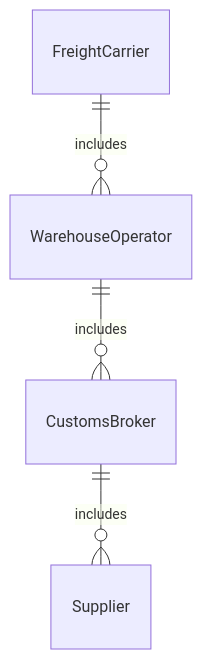
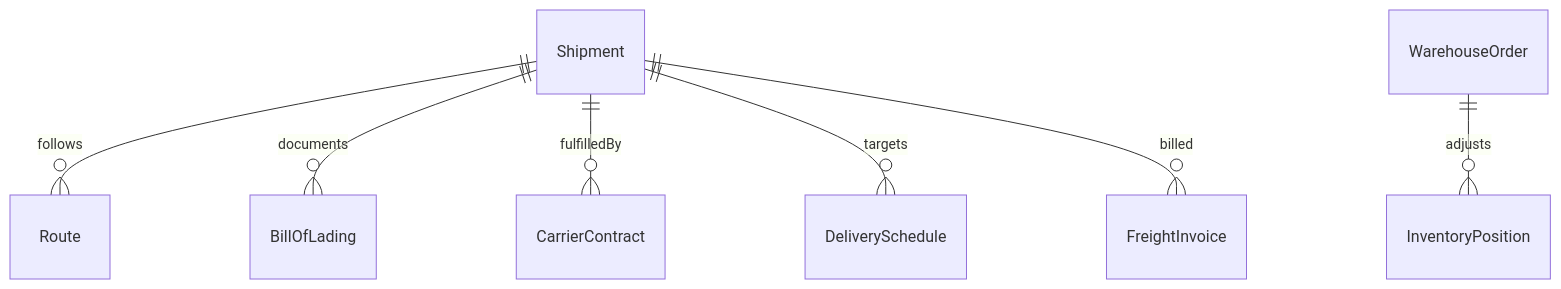
The first of 4 diagrams in GuidingDirectingAndMotivatingSubordinates/DirectOrganizationalOperationsActivitiesOrProcedures/CoordinateLogisticsBusinessOperations.mdx (dot-org-ai/tasks.org.ai), drawn with Mermaid before and after one commit. The commit also changed other lines of this file and 515 other files, not shown here.

````diff
--- a/GuidingDirectingAndMotivatingSubordinates/DirectOrganizationalOperationsActivitiesOrProcedures/CoordinateLogisticsBusinessOperations.mdx
+++ b/GuidingDirectingAndMotivatingSubordinates/DirectOrganizationalOperationsActivitiesOrProcedures/CoordinateLogisticsBusinessOperations.mdx
@@ -93,6 +93,9 @@
 ```mermaid
 erDiagram
-    FreightCarrier ||--o{ WarehouseOperator : includes
-    WarehouseOperator ||--o{ CustomsBroker : includes
-    CustomsBroker ||--o{ Supplier : includes
+    Shipment ||--o{ Route : follows
+    Shipment ||--o{ BillOfLading : documents
+    Shipment ||--o{ CarrierContract : fulfilledBy
+    WarehouseOrder ||--o{ InventoryPosition : adjusts
+    Shipment ||--o{ DeliverySchedule : targets
+    Shipment ||--o{ FreightInvoice : billed
 ```
````
